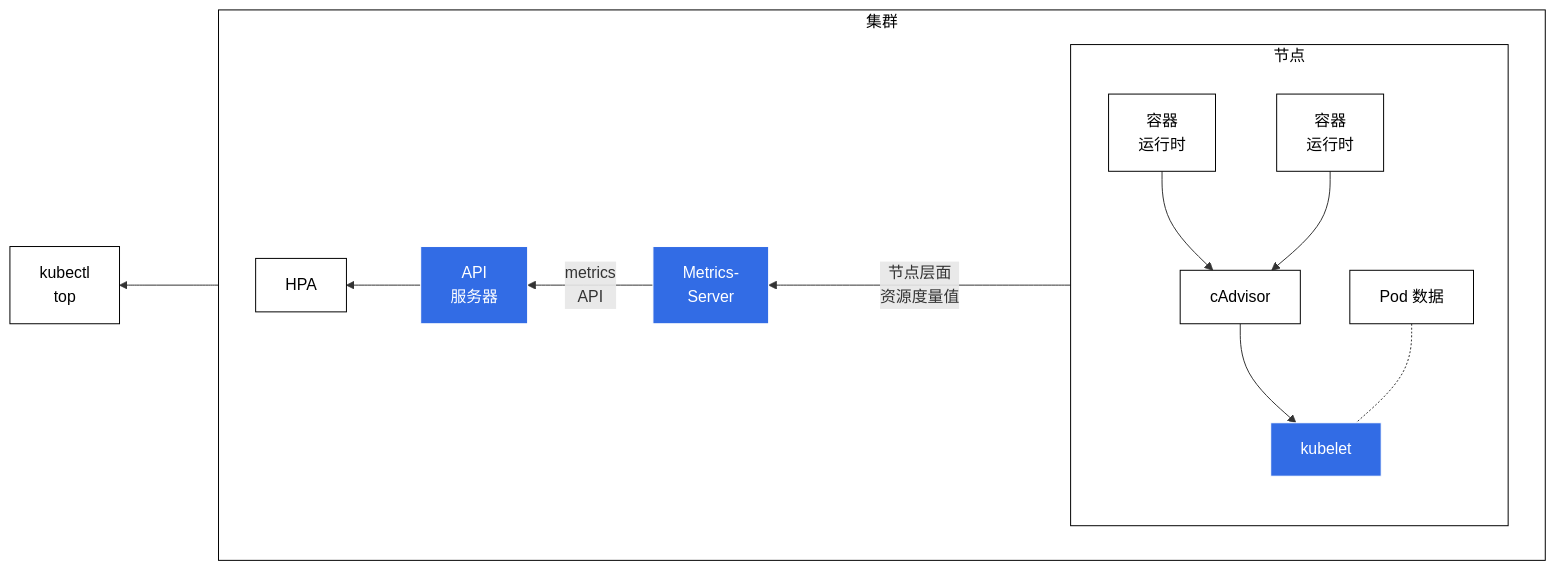
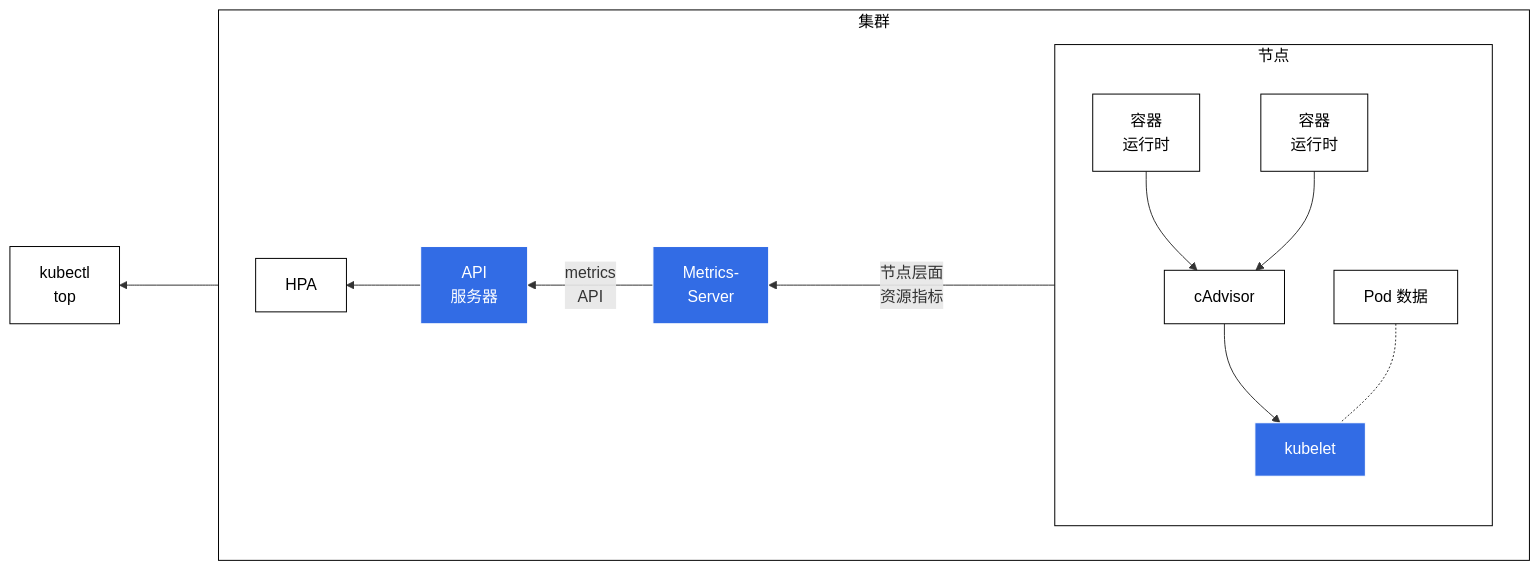
The diagram in content/zh-cn/docs/tasks/debug/debug-cluster/resource-metrics-pipeline.md (kubernetes/website), drawn with Mermaid before and after one commit. The commit also changed other lines of this file, not shown here.

```diff
--- a/content/zh-cn/docs/tasks/debug/debug-cluster/resource-metrics-pipeline.md
+++ b/content/zh-cn/docs/tasks/debug/debug-cluster/resource-metrics-pipeline.md
@@ -64,25 +64,25 @@
 {{< mermaid >}}
 flowchart RL
 subgraph cluster[集群]
 direction RL
 S[ <br><br> ]
 A[Metrics-<br>Server]
 subgraph B[节点]
 direction TB
 D[cAdvisor] --> C[kubelet]
 E[容器<br>运行时] --> D
 E1[容器<br>运行时] --> D
 P[Pod 数据] -.- C
 end
 L[API<br>服务器]
 W[HPA]
-C ---->|节点层面<br>资源度量值| A -->|metrics<br>API| L --> W
+C ---->|节点层面<br>资源指标| A -->|metrics<br>API| L --> W
 end
 L ---> K[kubectl<br>top]
 classDef box fill:#fff,stroke:#000,stroke-width:1px,color:#000;
 class W,B,P,K,cluster,D,E,E1 box
 classDef spacewhite fill:#ffffff,stroke:#fff,stroke-width:0px,color:#000
 class S spacewhite
 classDef k8s fill:#326ce5,stroke:#fff,stroke-width:1px,color:#fff;
 class A,L,C k8s
 {{< /mermaid >}}
```
